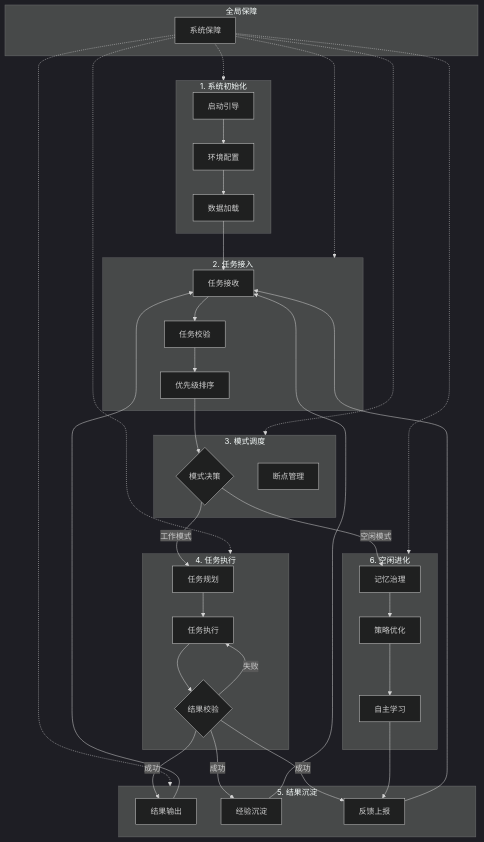
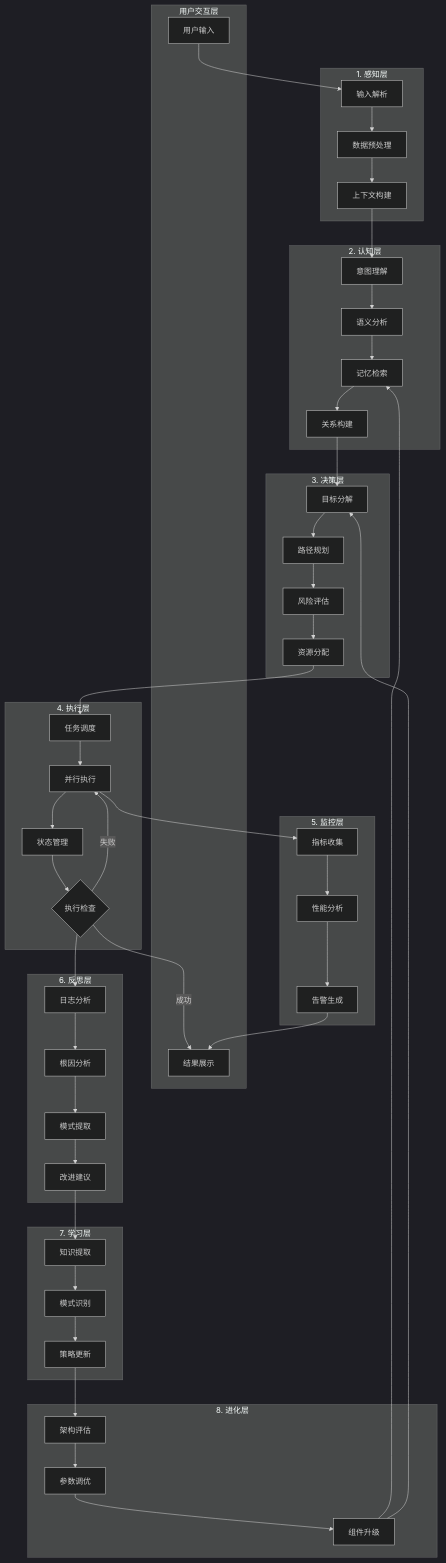
One commit to 17683995446/multi-layer-agent-system changed the diagram in .trae/documents/PRD.md. Above: the diagram before and after it, drawn with Mermaid (dark theme). The commit also changed other lines of this file and 47 other files, not shown here.

````diff
--- a/.trae/documents/PRD.md
+++ b/.trae/documents/PRD.md
@@ -64,53 +128,81 @@
 ```mermaid
 flowchart TD
-    subgraph L1["1. 系统初始化"]
-        A1["启动引导"]
-        A2["环境配置"]
-        A3["数据加载"]
+    subgraph User["用户交互层"]
+        U1["用户输入"]
+        U2["结果展示"]
     end
 
-    subgraph L2["2. 任务接入"]
-        B1["任务接收"]
-        B2["任务校验"]
-        B3["优先级排序"]
+    subgraph Perception["1. 感知层"]
+        P1["输入解析"]
+        P2["数据预处理"]
+        P3["上下文构建"]
     end
 
-    subgraph L3["3. 模式调度"]
-        C1{"模式决策"}
-        C2["断点管理"]
+    subgraph Cognition["2. 认知层"]
+        C1["意图理解"]
+        C2["语义分析"]
+        C3["记忆检索"]
+        C4["关系构建"]
     end
 
-    subgraph L4["4. 任务执行"]
-        D1["任务规划"]
-        D2["任务执行"]
-        D3{"结果校验"}
+    subgraph Decision["3. 决策层"]
+        D1["目标分解"]
+        D2["路径规划"]
+        D3["风险评估"]
+        D4["资源分配"]
     end
 
-    subgraph L5["5. 结果沉淀"]
-        E1["结果输出"]
-        E2["经验沉淀"]
-        E3["反馈上报"]
+    subgraph Execution["4. 执行层"]
+        E1["任务调度"]
+        E2["并行执行"]
+        E3["状态管理"]
+        E4{"执行检查"}
     end
 
-    subgraph L6["6. 空闲进化"]
-        F1["记忆治理"]
-        F2["策略优化"]
-        F3["自主学习"]
+    subgraph Monitoring["5. 监控层"]
+        M1["指标收集"]
+        M2["性能分析"]
+        M3["告警生成"]
     end
 
-    subgraph GL["全局保障"]
-        G["系统保障"]
+    subgraph Reflection["6. 反思层"]
+        R1["日志分析"]
+        R2["根因分析"]
+        R3["模式提取"]
+        R4["改进建议"]
     end
 
-    A1 --> A2 --> A3 --> B1
-    B1 --> B2 --> B3
-    B3 --> C1
-    C1 -->|"工作模式"| D1
-    C1 -->|"空闲模式"| F1
-    D1 --> D2 --> D3
-    D3 -->|"失败"| D2
-    D3 -->|"成功"| E1 & E2 & E3
-    E1 & E2 & E3 --> B1
-    F1 --> F2 --> F3 --> E3
-    G -.-> L1 & L2 & L3 & L4 & L5 & L6
+    subgraph Learning["7. 学习层"]
+        L1["知识提取"]
+        L2["模式识别"]
+        L3["策略更新"]
+    end
+
+    subgraph Evolution["8. 进化层"]
+        V1["架构评估"]
+        V2["参数调优"]
+        V3["组件升级"]
+    end
+
+    U1 --> P1
+    P1 --> P2 --> P3
+    P3 --> C1
+    C1 --> C2 --> C3 --> C4
+    C4 --> D1
+    D1 --> D2 --> D3 --> D4
+    D4 --> E1
+    E1 --> E2 --> E3 --> E4
+    E4 -->|"成功"| U2
+    E4 -->|"失败"| E2
+    E2 --> M1
+    M1 --> M2 --> M3
+    M3 --> U2
+    E4 --> R1
+    R1 --> R2 --> R3 --> R4
+    R4 --> L1
+    L1 --> L2 --> L3
+    L3 --> V1
+    V1 --> V2 --> V3
+    V3 --> C3
+    V3 --> D1
 ```
````
